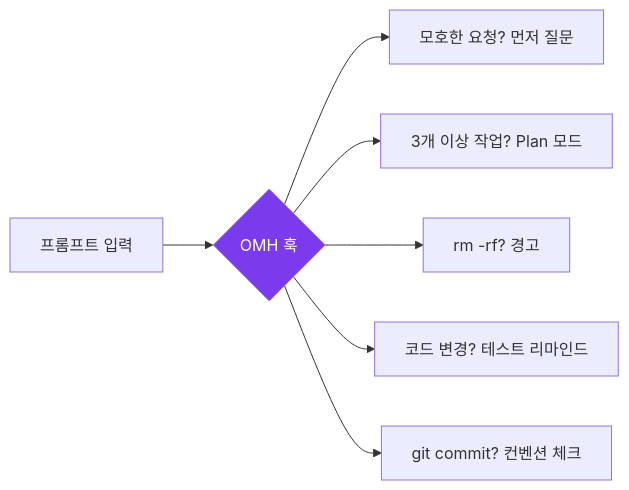
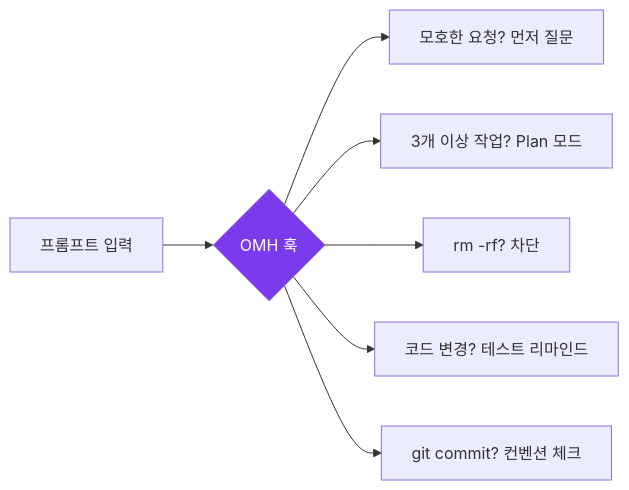
Before and after one commit to Hoya324/oh-my-harness: the first of 7 diagrams in README.ko.md, drawn with Mermaid. The commit also changed other lines of this file and 15 other files, not shown here.

````diff
--- a/README.ko.md
+++ b/README.ko.md
@@ -34,10 +34,10 @@
 ```mermaid
 graph LR
     A[프롬프트 입력] --> B{OMH 훅}
     B --> C["모호한 요청? 먼저 질문"]
     B --> D["3개 이상 작업? Plan 모드"]
-    B --> E["rm -rf? 경고"]
+    B --> E["rm -rf? 차단"]
     B --> F["코드 변경? 테스트 리마인드"]
     B --> G["git commit? 컨벤션 체크"]
     style B fill:#7C3AED,color:#fff
 ```
````
